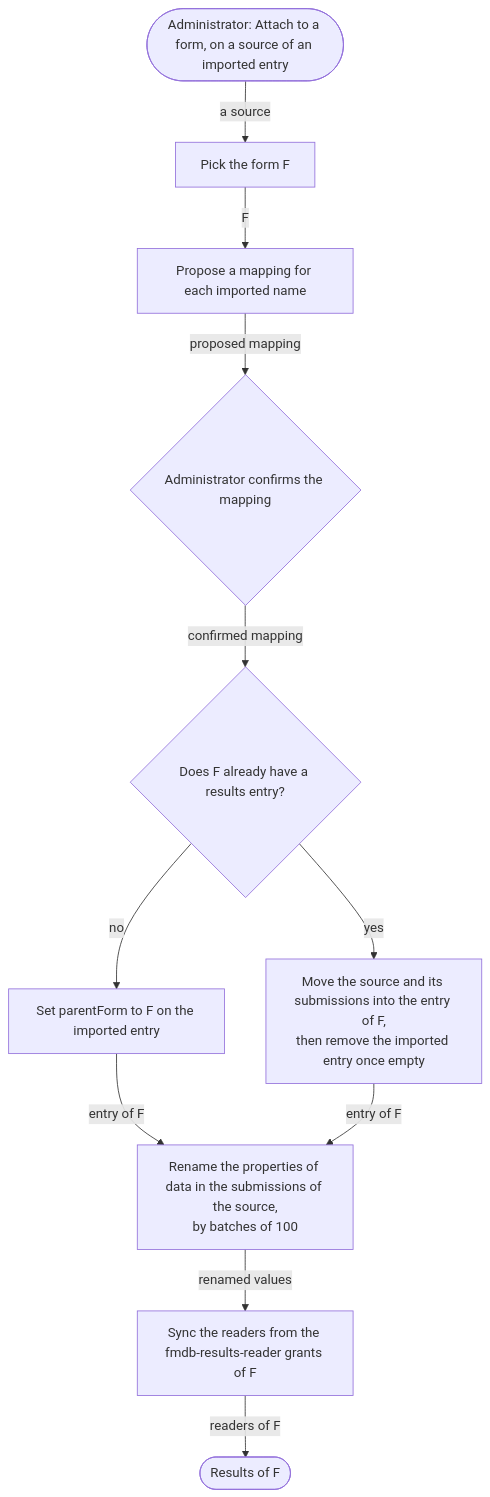
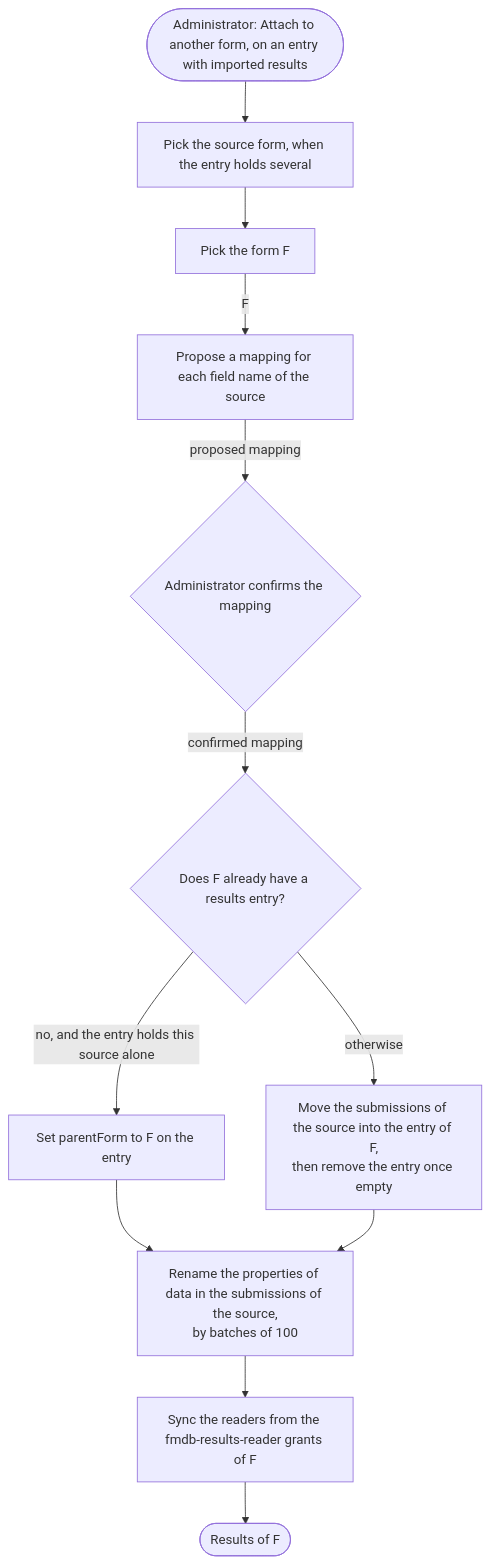
One commit to Jahia/formidable changed the third of 3 diagrams in docs/architecture/forms-import.md. Above: the diagram before and after it, drawn with Mermaid. The commit also changed other lines of this file and 2 other files, not shown here.

First line of the commit message:
docs: the Forms import recreates each form in an imported-forms content folder before it writes its results

````diff
--- a/docs/architecture/forms-import.md
+++ b/docs/architecture/forms-import.md
@@ -442,24 +486,26 @@
 ```mermaid
 flowchart TD
-    start(["Administrator: Attach to a form, on a source of an imported entry"])
+    start(["Administrator: Attach to another form, on an entry with imported results"])
+    source["Pick the source form, when the entry holds several"]
     pick["Pick the form F"]
-    match["Propose a mapping for each imported name"]
+    match["Propose a mapping for each field name of the source"]
     review{"Administrator confirms the mapping"}
     entry{"Does F already have a results entry?"}
-    relink["Set parentForm to F on the imported entry"]
-    merge["Move the source and its submissions into the entry of F,<br/>then remove the imported entry once empty"]
+    relink["Set parentForm to F on the entry"]
+    merge["Move the submissions of the source into the entry of F,<br/>then remove the entry once empty"]
     rename["Rename the properties of data in the submissions of the source,<br/>by batches of 100"]
     acl["Sync the readers from the fmdb-results-reader grants of F"]
     done(["Results of F"])
 
-    start -- "a source" --> pick
+    start --> source
+    source --> pick
     pick -- "F" --> match
     match -- "proposed mapping" --> review
     review -- "confirmed mapping" --> entry
-    entry -- "no" --> relink
-    entry -- "yes" --> merge
-    relink -- "entry of F" --> rename
-    merge -- "entry of F" --> rename
-    rename -- "renamed values" --> acl
-    acl -- "readers of F" --> done
+    entry -- "no, and the entry holds this source alone" --> relink
+    entry -- "otherwise" --> merge
+    relink --> rename
+    merge --> rename
+    rename --> acl
+    acl --> done
 ```
````
